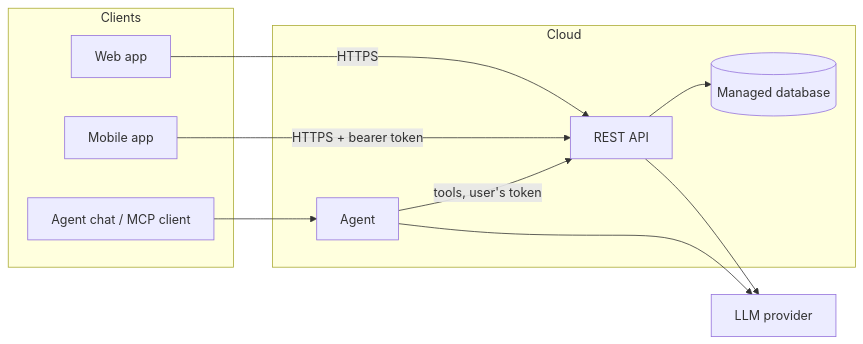
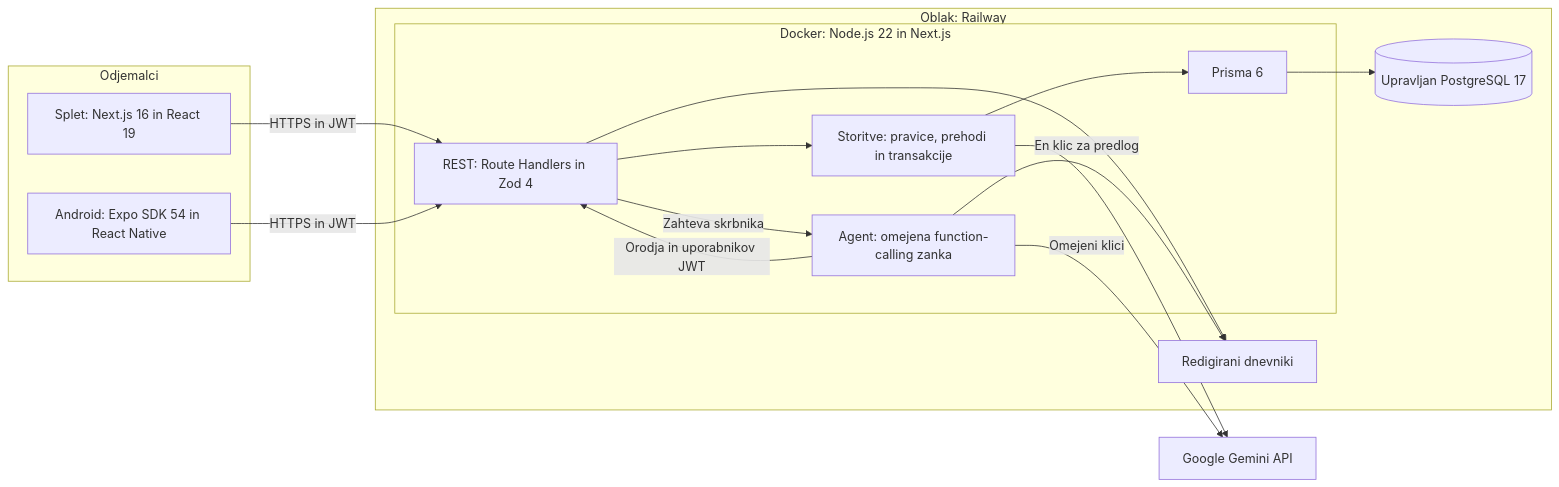
Before and after one commit to amarkrasniqi54321-ctrl/fieldops-is: the first of 2 diagrams in docs/architecture.md, drawn with Mermaid. The commit also changed other lines of this file and 17 other files, not shown here.

````diff
--- a/docs/architecture.md
+++ b/docs/architecture.md
@@ -5,22 +5,29 @@
 ```mermaid
 flowchart LR
-    subgraph Clients
-        Web[Web app]
-        Mobile[Mobile app]
-        AgentUI[Agent chat / MCP client]
+    subgraph Clients[Odjemalci]
+        Web["Splet: Next.js 16 in React 19"]
+        Android["Android: Expo SDK 54 in React Native"]
     end
-    subgraph Cloud
-        API[REST API]
-        Agent[Agent]
-        DB[(Managed database)]
+    subgraph Railway["Oblak: Railway"]
+        subgraph Container["Docker: Node.js 22 in Next.js"]
+            API["REST: Route Handlers in Zod 4"]
+            Services["Storitve: pravice, prehodi in transakcije"]
+            Prisma["Prisma 6"]
+            Agent["Agent: omejena function-calling zanka"]
+        end
+        DB[("Upravljan PostgreSQL 17")]
+        Logs["Redigirani dnevniki"]
     end
-    LLM[LLM provider]
-
-    Web -->|HTTPS| API
-    Mobile -->|HTTPS + bearer token| API
-    AgentUI --> Agent
-    Agent -->|tools, user's token| API
-    Agent --> LLM
-    API --> DB
-    API --> LLM
+    LLM["Google Gemini API"]
+    Web -->|HTTPS in JWT| API
+    Android -->|HTTPS in JWT| API
+    API --> Services
+    Services --> Prisma
+    Prisma --> DB
+    API -->|Zahteva skrbnika| Agent
+    Agent -->|Orodja in uporabnikov JWT| API
+    Services -->|En klic za predlog| LLM
+    Agent -->|Omejeni klici| LLM
+    API --> Logs
+    Agent --> Logs
 ```
````
